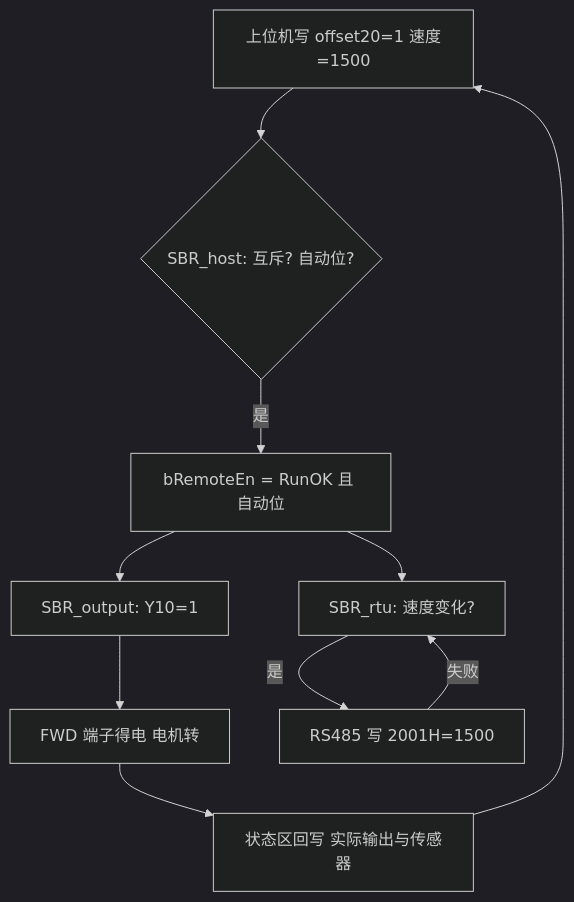
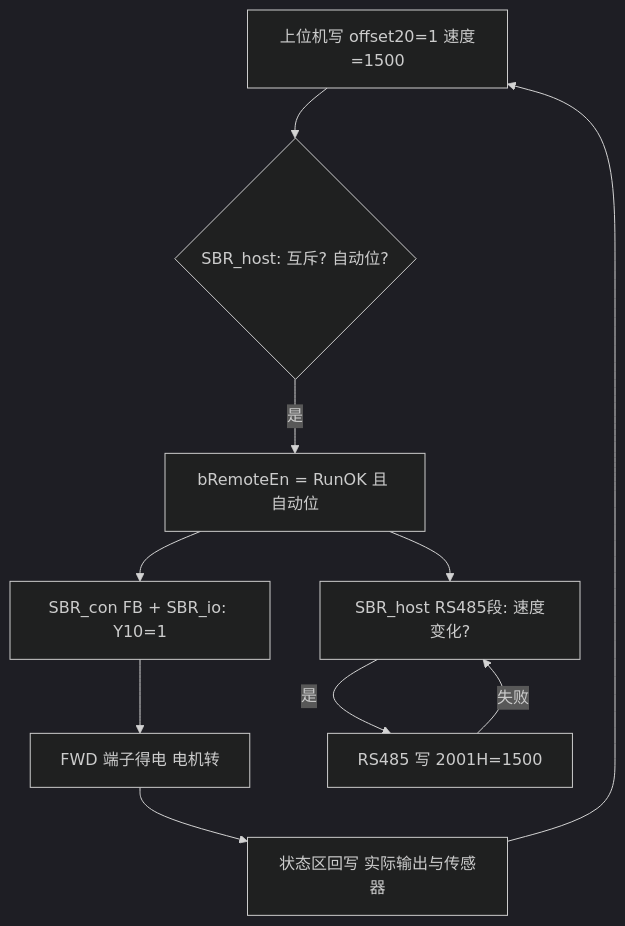
Before and after one commit to TReaur1/ELE: the third of 4 diagrams in 辊筒上位机工程/工程解读.md, drawn with Mermaid (dark theme). The commit also changed other lines of this file and 15 other files, not shown here.

Commit message:
v1.4.3: SBR四模块架构重组(io/con/host/status) 零遗漏证明+SBR_00纠偏+解读同步

````diff
--- a/辊筒上位机工程/工程解读.md
+++ b/辊筒上位机工程/工程解读.md
@@ -119,12 +119,12 @@
 ```mermaid
 graph TB
     A[上位机写 offset20=1 速度=1500] --> B{SBR_host: 互斥? 自动位?}
     B -->|是| C[bRemoteEn = RunOK 且 自动位]
-    C --> D[SBR_output: Y10=1]
+    C --> D[SBR_con FB + SBR_io: Y10=1]
     D --> E[FWD 端子得电 电机转]
-    C --> F[SBR_rtu: 速度变化?]
+    C --> F[SBR_host RS485段: 速度变化?]
     F -->|是| G[RS485 写 2001H=1500]
     G -->|失败| F
     E --> H[状态区回写 实际输出与传感器]
     H --> A
 ```
````
